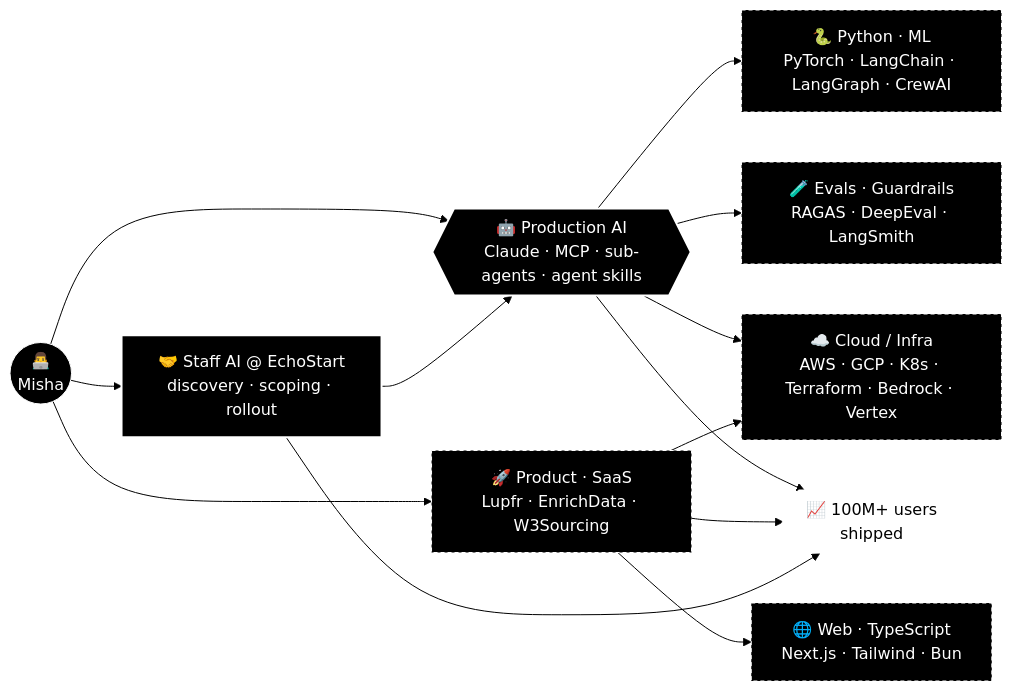
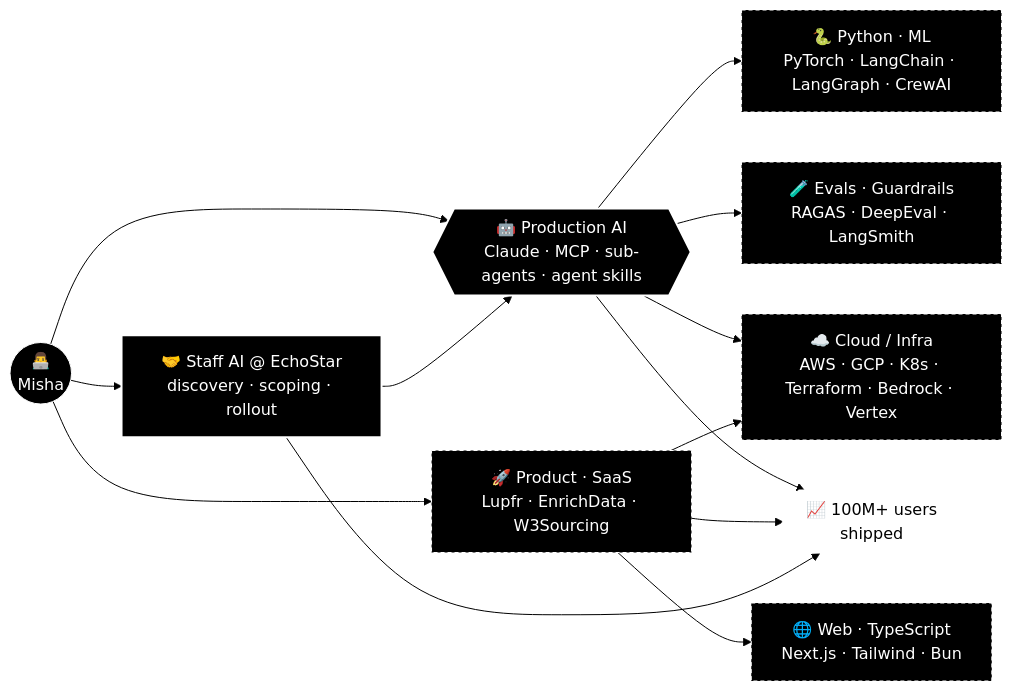
Before and after one commit to ml-lubich/ml-lubich: the first of 3 diagrams in README.md, drawn with Mermaid (forest theme). The commit also changed other lines of this file and 1 other file, not shown here.

First line of the commit message:
docs(profile): correct company to EchoStar

````diff
--- a/README.md
+++ b/README.md
@@ -99,34 +99,34 @@
 ```mermaid
 flowchart LR
     ME(("👨‍💻<br/>Misha"))
     AI{{"🤖 Production AI<br/>Claude · MCP · sub-agents · agent skills"}}
-    FDE["🤝 Staff AI @ EchoStart<br/>discovery · scoping · rollout"]
+    FDE["🤝 Staff AI @ EchoStar<br/>discovery · scoping · rollout"]
     SAAS["🚀 Product · SaaS<br/>Lupfr · EnrichData · W3Sourcing"]
     WEB["🌐 Web · TypeScript<br/>Next.js · Tailwind · Bun"]
     PY["🐍 Python · ML<br/>PyTorch · LangChain · LangGraph · CrewAI"]
     EVAL["🧪 Evals · Guardrails<br/>RAGAS · DeepEval · LangSmith"]
     INFRA["☁️ Cloud / Infra<br/>AWS · GCP · K8s · Terraform · Bedrock · Vertex"]
     USERS[/"📈 100M+ users<br/>shipped"/]
 
     ME --> FDE
     ME --> AI
     ME --> SAAS
     FDE --> AI
     AI --> PY
     AI --> EVAL
     SAAS --> WEB
     AI --> INFRA
     SAAS --> INFRA
     AI --> USERS
     SAAS --> USERS
     FDE --> USERS
 
     classDef io fill:#000000,stroke:#ffffff,stroke-width:1px,color:#ffffff;
     classDef brain fill:#000000,stroke:#ffffff,stroke-width:2px,color:#ffffff;
     classDef tool fill:#000000,stroke:#ffffff,stroke-width:1px,stroke-dasharray:4 3,color:#ffffff;
     classDef out fill:#ffffff,stroke:#ffffff,stroke-width:1px,color:#000000;
     class ME io;
     class AI,FDE brain;
     class SAAS,WEB,PY,INFRA,EVAL tool;
     class USERS out;
 ```
````
